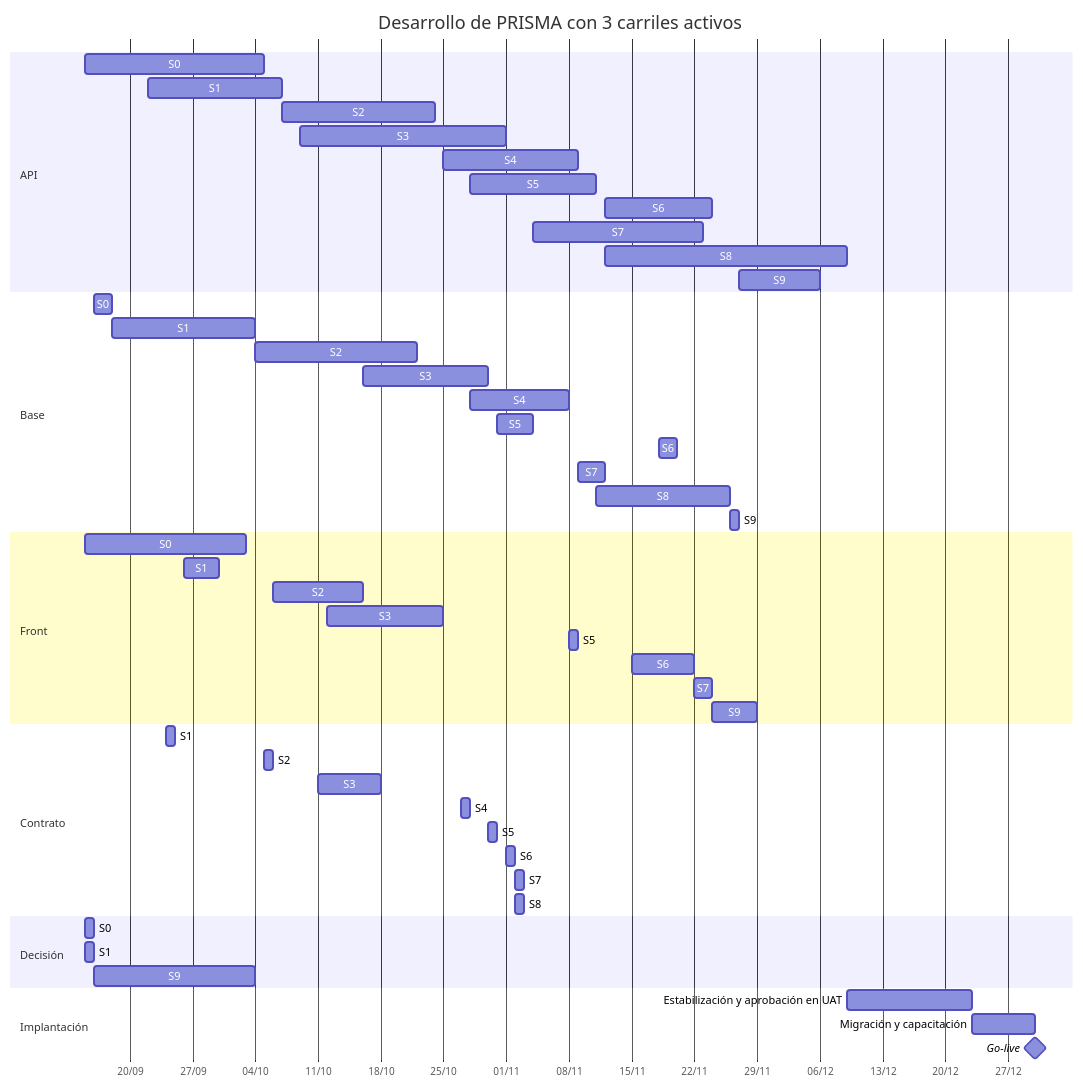
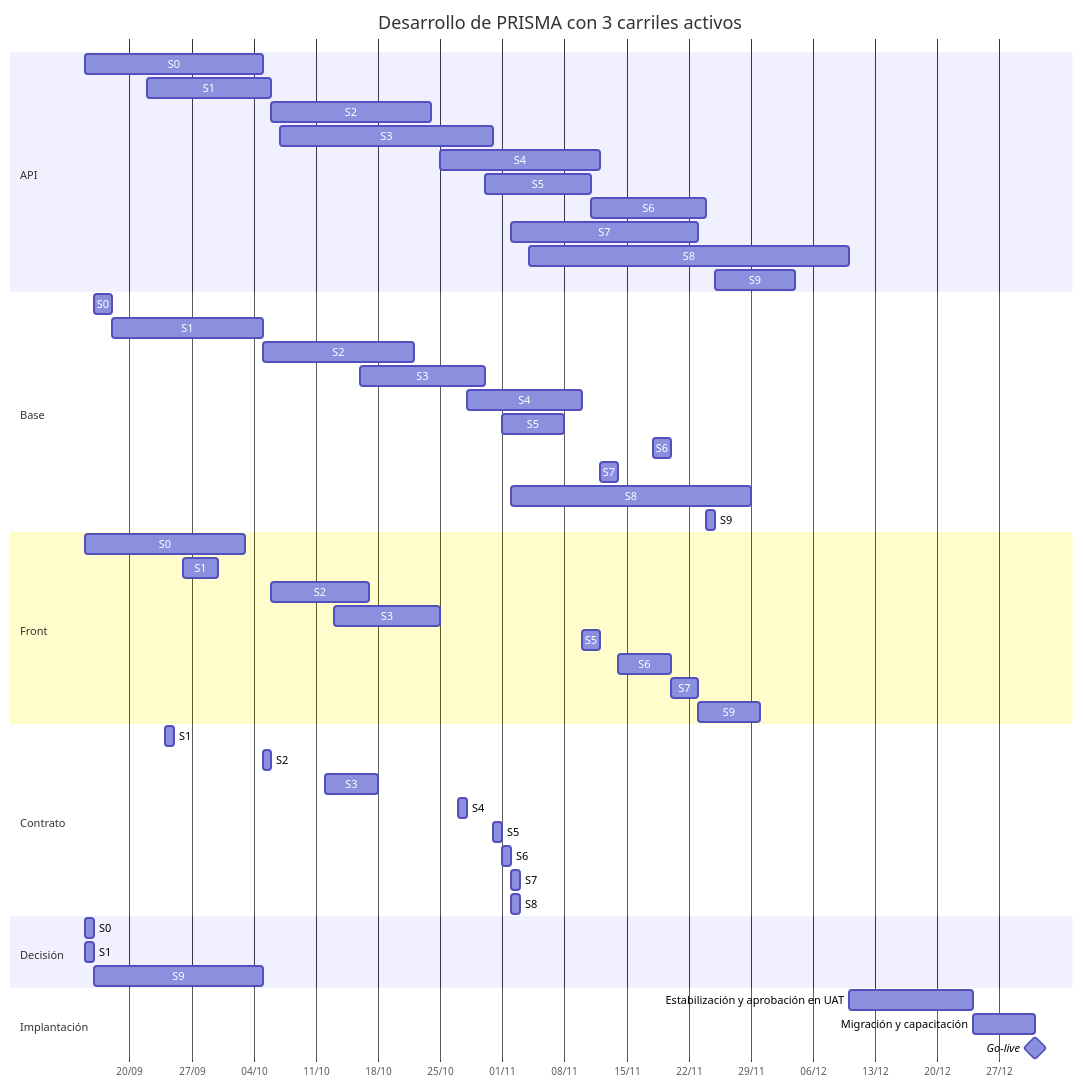
Before and after one commit to Juanchope039/Finanzas-PRISMA: the first of 2 diagrams in docs/08-plan-de-desarrollo.md, drawn with Mermaid. The commit also changed other lines of this file and 14 other files, not shown here.

````diff
--- a/docs/08-plan-de-desarrollo.md
+++ b/docs/08-plan-de-desarrollo.md
@@ -243,60 +241,60 @@
 ```mermaid
 gantt
     title Desarrollo de PRISMA con 3 carriles activos
     dateFormat YYYY-MM-DD
     axisFormat %d/%m
 
     section API
     S0 :api0, 2026-09-15, 2026-10-05
-    S1 :api1, 2026-09-22, 2026-10-07
-    S2 :api2, 2026-10-07, 2026-10-24
-    S3 :api3, 2026-10-09, 2026-11-01
-    S4 :api4, 2026-10-25, 2026-11-09
-    S5 :api5, 2026-10-28, 2026-11-11
-    S6 :api6, 2026-11-12, 2026-11-24
-    S7 :api7, 2026-11-04, 2026-11-23
-    S8 :api8, 2026-11-12, 2026-12-09
-    S9 :api9, 2026-11-27, 2026-12-06
+    S1 :api1, 2026-09-22, 2026-10-06
+    S2 :api2, 2026-10-06, 2026-10-24
+    S3 :api3, 2026-10-07, 2026-10-31
+    S4 :api4, 2026-10-25, 2026-11-12
+    S5 :api5, 2026-10-30, 2026-11-11
+    S6 :api6, 2026-11-11, 2026-11-24
+    S7 :api7, 2026-11-02, 2026-11-23
+    S8 :api8, 2026-11-04, 2026-12-10
+    S9 :api9, 2026-11-25, 2026-12-04
 
     section Base
     S0 :base0, 2026-09-16, 2026-09-18
-    S1 :base1, 2026-09-18, 2026-10-04
-    S2 :base2, 2026-10-04, 2026-10-22
+    S1 :base1, 2026-09-18, 2026-10-05
+    S2 :base2, 2026-10-05, 2026-10-22
     S3 :base3, 2026-10-16, 2026-10-30
-    S4 :base4, 2026-10-28, 2026-11-08
-    S5 :base5, 2026-10-31, 2026-11-04
+    S4 :base4, 2026-10-28, 2026-11-10
+    S5 :base5, 2026-11-01, 2026-11-08
     S6 :base6, 2026-11-18, 2026-11-20
-    S7 :base7, 2026-11-09, 2026-11-12
-    S8 :base8, 2026-11-11, 2026-11-26
-    S9 :base9, 2026-11-26, 2026-11-27
+    S7 :base7, 2026-11-12, 2026-11-14
+    S8 :base8, 2026-11-02, 2026-11-29
+    S9 :base9, 2026-11-24, 2026-11-25
 
     section Front
     S0 :front0, 2026-09-15, 2026-10-03
     S1 :front1, 2026-09-26, 2026-09-30
-    S2 :front2, 2026-10-06, 2026-10-16
-    S3 :front3, 2026-10-12, 2026-10-25
-    S5 :front5, 2026-11-08, 2026-11-09
-    S6 :front6, 2026-11-15, 2026-11-22
-    S7 :front7, 2026-11-22, 2026-11-24
-    S9 :front9, 2026-11-24, 2026-11-29
+    S2 :front2, 2026-10-06, 2026-10-17
+    S3 :front3, 2026-10-13, 2026-10-25
+    S5 :front5, 2026-11-10, 2026-11-12
+    S6 :front6, 2026-11-14, 2026-11-20
+    S7 :front7, 2026-11-20, 2026-11-23
+    S9 :front9, 2026-11-23, 2026-11-30
 
     section Contrato
     S1 :contrato1, 2026-09-24, 2026-09-25
     S2 :contrato2, 2026-10-05, 2026-10-06
-    S3 :contrato3, 2026-10-11, 2026-10-18
+    S3 :contrato3, 2026-10-12, 2026-10-18
     S4 :contrato4, 2026-10-27, 2026-10-28
-    S5 :contrato5, 2026-10-30, 2026-10-31
+    S5 :contrato5, 2026-10-31, 2026-11-01
     S6 :contrato6, 2026-11-01, 2026-11-02
     S7 :contrato7, 2026-11-02, 2026-11-03
     S8 :contrato8, 2026-11-02, 2026-11-03
 
     section Decisión
     S0 :decisin0, 2026-09-15, 2026-09-16
     S1 :decisin1, 2026-09-15, 2026-09-16
-    S9 :decisin9, 2026-09-16, 2026-10-04
+    S9 :decisin9, 2026-09-16, 2026-10-05
 
     section Implantación
-    Estabilización y aprobación en UAT :est, 2026-12-09, 2026-12-23
-    Migración y capacitación :mig, 2026-12-23, 2026-12-30
-    Go-live :milestone, 2026-12-30, 0d
+    Estabilización y aprobación en UAT :est, 2026-12-10, 2026-12-24
+    Migración y capacitación :mig, 2026-12-24, 2026-12-31
+    Go-live :milestone, 2026-12-31, 0d
 ```
````
